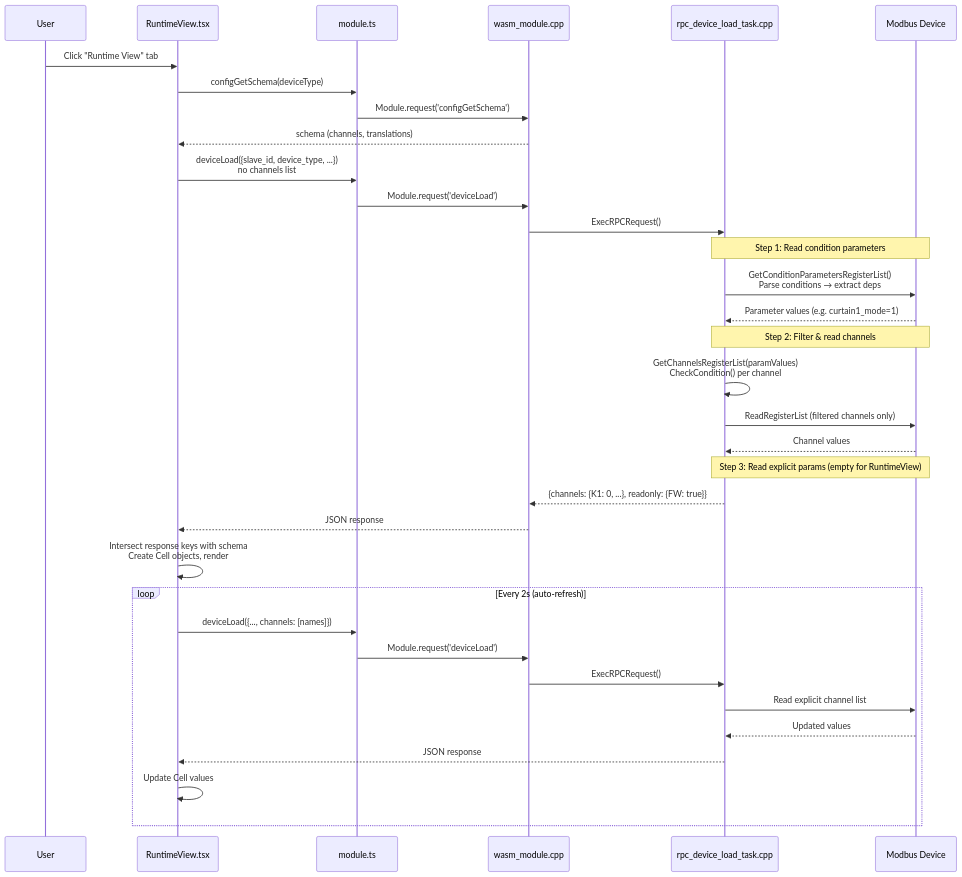
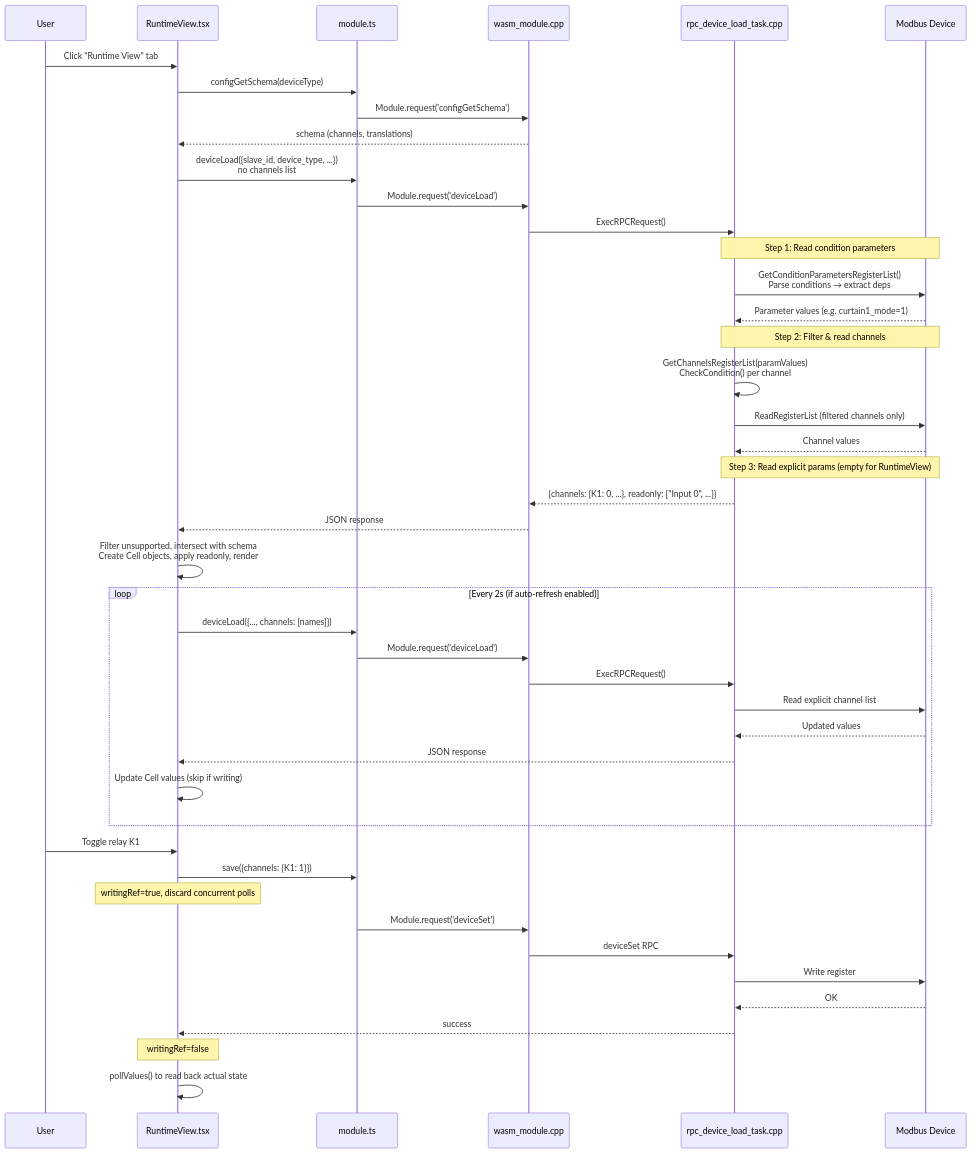
One commit to wirenboard/wb-wasm-device-editor changed the second of 2 diagrams in architecture/runtime-view.md. Above: the diagram before and after it, drawn with Mermaid. The commit also changed other lines of this file and 4 other files, not shown here.

Commit message:
Update architecture doc and remove screenshots

````diff
--- a/architecture/runtime-view.md
+++ b/architecture/runtime-view.md
@@ -166,45 +176,56 @@
 ```mermaid
 sequenceDiagram
     participant User
     participant RV as RuntimeView.tsx
     participant Mod as module.ts
     participant WASM as wasm_module.cpp
     participant RPC as rpc_device_load_task.cpp
     participant Dev as Modbus Device
 
     User->>RV: Click "Runtime View" tab
 
     RV->>Mod: configGetSchema(deviceType)
     Mod->>WASM: Module.request('configGetSchema')
     WASM-->>RV: schema (channels, translations)
 
     RV->>Mod: deviceLoad({slave_id, device_type, ...})<br/>no channels list
     Mod->>WASM: Module.request('deviceLoad')
     WASM->>RPC: ExecRPCRequest()
 
     Note over RPC,Dev: Step 1: Read condition parameters
     RPC->>Dev: GetConditionParametersRegisterList()<br/>Parse conditions → extract deps
     Dev-->>RPC: Parameter values (e.g. curtain1_mode=1)
 
     Note over RPC,Dev: Step 2: Filter & read channels
     RPC->>RPC: GetChannelsRegisterList(paramValues)<br/>CheckCondition() per channel
     RPC->>Dev: ReadRegisterList (filtered channels only)
     Dev-->>RPC: Channel values
 
     Note over RPC,Dev: Step 3: Read explicit params (empty for RuntimeView)
 
-    RPC-->>WASM: {channels: {K1: 0, ...}, readonly: {FW: true}}
+    RPC-->>WASM: {channels: {K1: 0, ...}, readonly: ["Input 0", ...]}
     WASM-->>RV: JSON response
 
-    RV->>RV: Intersect response keys with schema<br/>Create Cell objects, render
+    RV->>RV: Filter unsupported, intersect with schema<br/>Create Cell objects, apply readonly, render
 
-    loop Every 2s (auto-refresh)
+    loop Every 2s (if auto-refresh enabled)
         RV->>Mod: deviceLoad({..., channels: [names]})
         Mod->>WASM: Module.request('deviceLoad')
         WASM->>RPC: ExecRPCRequest()
         RPC->>Dev: Read explicit channel list
         Dev-->>RPC: Updated values
         RPC-->>RV: JSON response
-        RV->>RV: Update Cell values
+        RV->>RV: Update Cell values (skip if writing)
     end
+
+    User->>RV: Toggle relay K1
+    RV->>Mod: save({channels: {K1: 1}})
+    Note over RV: writingRef=true, discard concurrent polls
+    Mod->>WASM: Module.request('deviceSet')
+    WASM->>RPC: deviceSet RPC
+    RPC->>Dev: Write register
+    Dev-->>RPC: OK
+    RPC-->>RV: success
+    Note over RV: writingRef=false
+    RV->>RV: pollValues() to read back actual state
 ```
````
